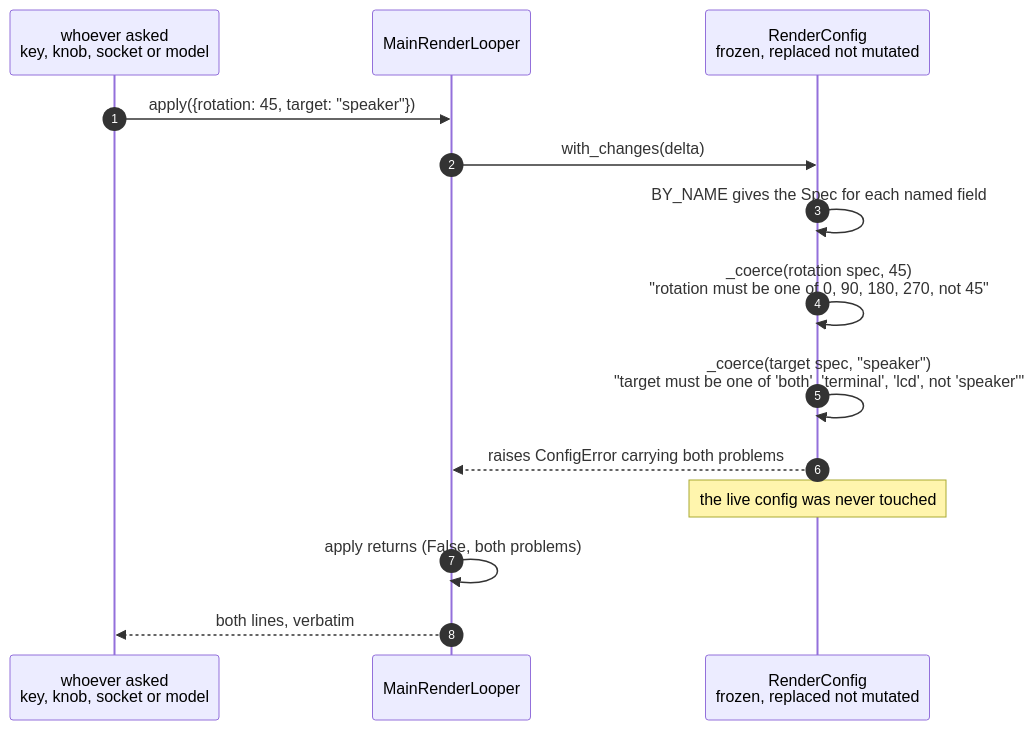
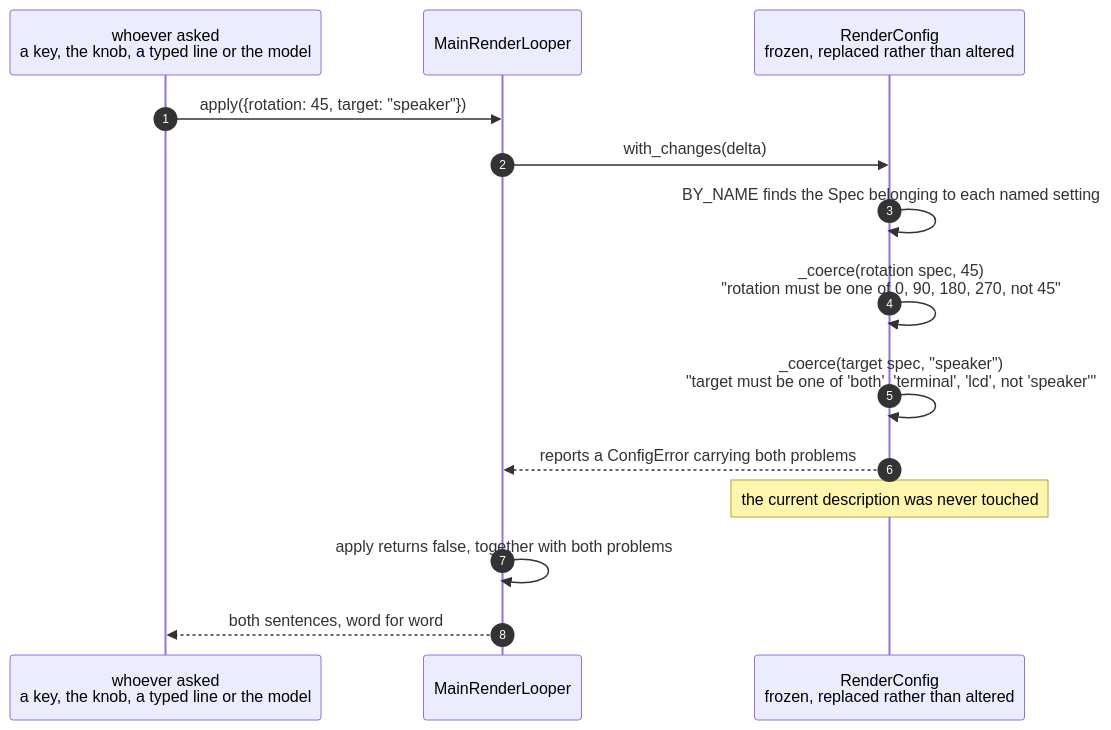
Before and after one commit to replicant1/AsciiArt-Pi: the first of 2 diagrams in docs/scenarios/a-render-configuration-change-is-refused.md, drawn with Mermaid. The commit also changed other lines of this file and 6 other files, not shown here.

````diff
--- a/docs/scenarios/a-render-configuration-change-is-refused.md
+++ b/docs/scenarios/a-render-configuration-change-is-refused.md
@@ -29,17 +45,17 @@
 ```mermaid
 sequenceDiagram
     autonumber
-    participant Asker as whoever asked<br/>key, knob, socket or model
+    participant Asker as whoever asked<br/>a key, the knob, a typed line or the model
     participant App as MainRenderLooper
-    participant Cfg as RenderConfig<br/>frozen, replaced not mutated
+    participant Cfg as RenderConfig<br/>frozen, replaced rather than altered
 
     Asker->>App: apply({rotation: 45, target: "speaker"})
     App->>Cfg: with_changes(delta)
-    Cfg->>Cfg: BY_NAME gives the Spec for each named field
+    Cfg->>Cfg: BY_NAME finds the Spec belonging to each named setting
     Cfg->>Cfg: _coerce(rotation spec, 45)<br/>"rotation must be one of 0, 90, 180, 270, not 45"
     Cfg->>Cfg: _coerce(target spec, "speaker")<br/>"target must be one of 'both', 'terminal', 'lcd', not 'speaker'"
-    Cfg-->>App: raises ConfigError carrying both problems
-    Note over Cfg: the live config was never touched
-    App->>App: apply returns (False, both problems)
-    App-->>Asker: both lines, verbatim
+    Cfg-->>App: reports a ConfigError carrying both problems
+    Note over Cfg: the current description was never touched
+    App->>App: apply returns false, together with both problems
+    App-->>Asker: both sentences, word for word
 ```
````
